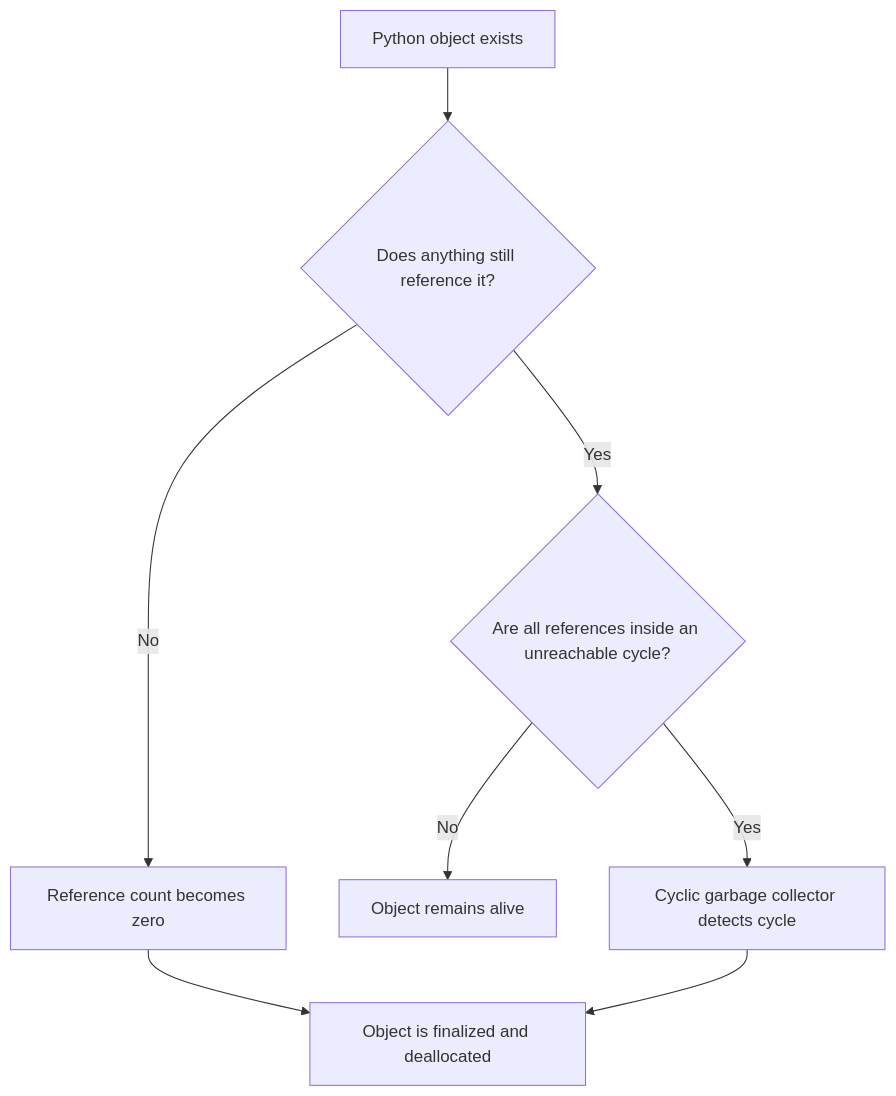
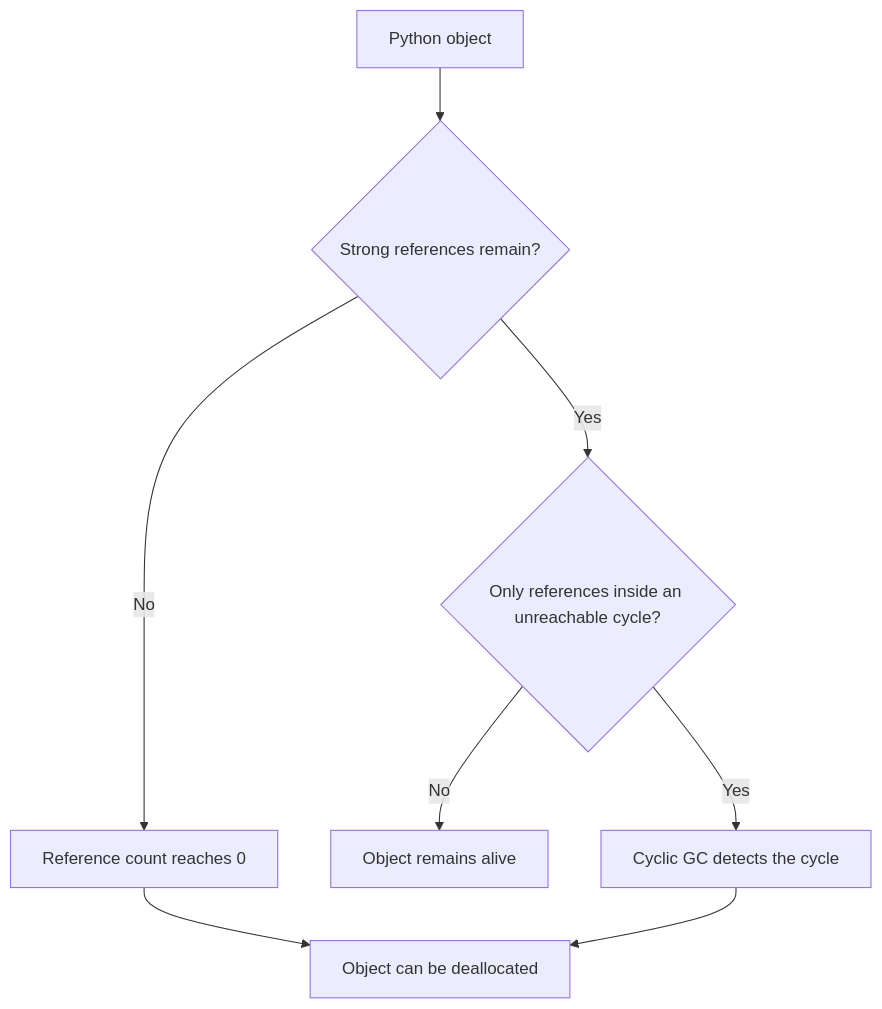
The first of 5 diagrams in src/content/python/garbage-collection.md (AvadhBhalodiya/Interview-Preparation), drawn with Mermaid before and after one commit. The commit also changed other lines of this file and 80 other files, not shown here.

````diff
--- a/src/content/python/garbage-collection.md
+++ b/src/content/python/garbage-collection.md
@@ -23,12 +35,10 @@
 ```mermaid
 flowchart TD
-    A[Python object exists] --> B{Does anything still reference it?}
-
-    B -- No --> C[Reference count becomes zero]
-    C --> D[Object is finalized and deallocated]
-
-    B -- Yes --> E{Are all references inside an unreachable cycle?}
+    A[Python object] --> B{Strong references remain?}
+    B -- No --> C[Reference count reaches 0]
+    C --> D[Object can be deallocated]
+    B -- Yes --> E{Only references inside an unreachable cycle?}
     E -- No --> F[Object remains alive]
-    E -- Yes --> G[Cyclic garbage collector detects cycle]
+    E -- Yes --> G[Cyclic GC detects the cycle]
     G --> D
 ```
````
